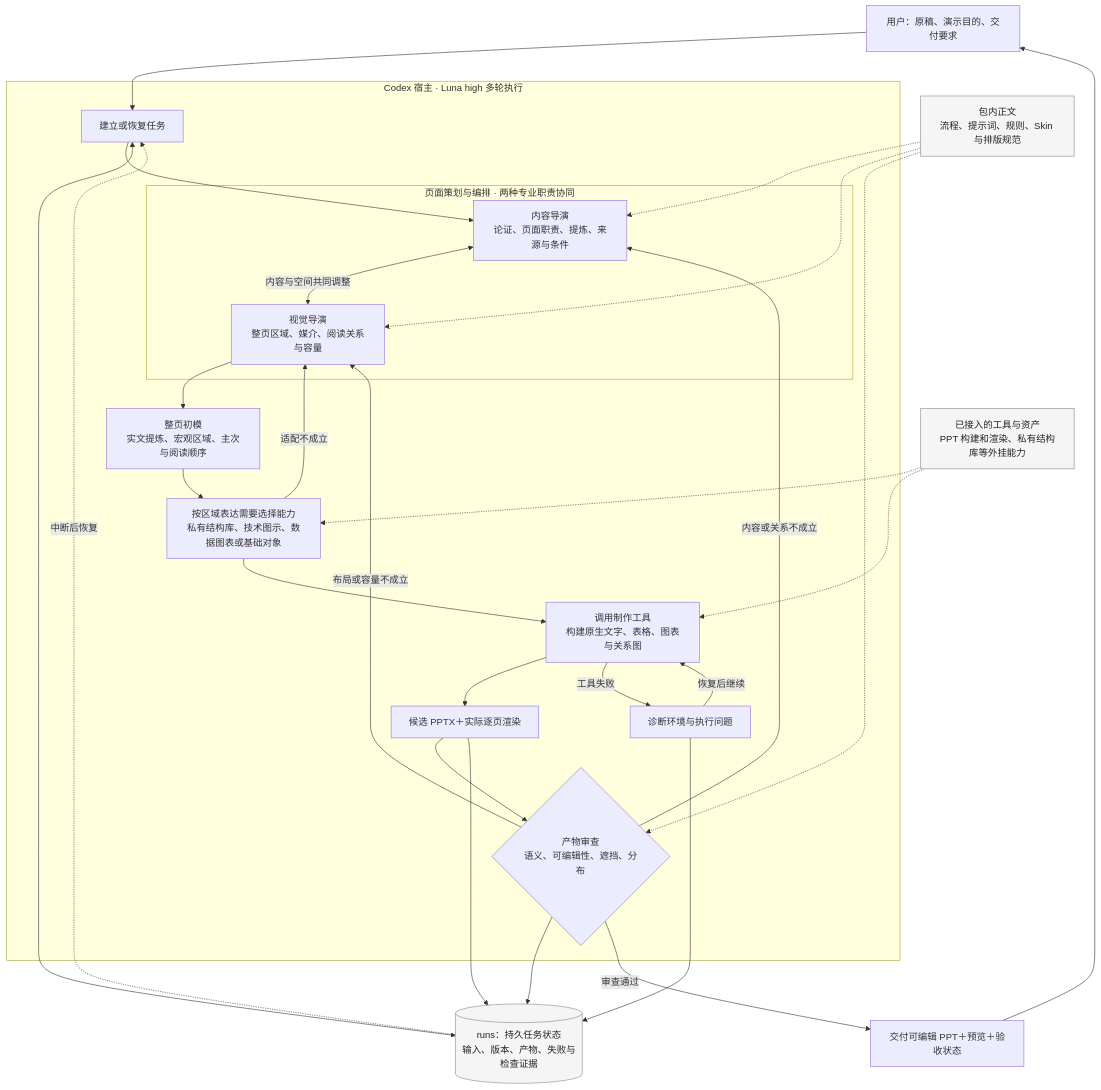
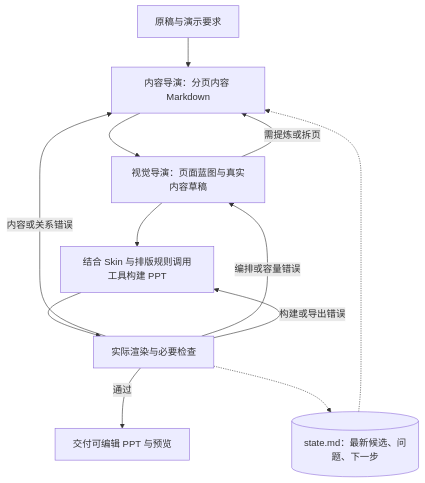
Before and after one commit to NEUwpy/PPagenT: the diagram in harness/运行流程.md, drawn with Mermaid. The commit also changed other lines of this file and 87 other files, not shown here.

````diff
--- a/harness/运行流程.md
+++ b/harness/运行流程.md
@@ -9,41 +9,14 @@
 ```mermaid
-flowchart TB
-    U[用户：原稿、演示目的、交付要求] --> T[建立或恢复任务]
-
-    subgraph H[Codex 宿主 · Luna high 多轮执行]
-        T --> C
-        subgraph D[页面策划与编排 · 两种专业职责协同]
-            C[内容导演\n论证、页面职责、提炼、来源与条件]
-            V[视觉导演\n整页区域、媒介、阅读关系与容量]
-            C <-->|内容与空间共同调整| V
-        end
-        V --> L[整页初模\n实文提炼、宏观区域、主次与阅读顺序]
-        L --> A[按区域表达需要选择能力\n私有结构库、技术图示、数据图表或基础对象]
-        A -->|适配不成立| V
-        A --> B[调用制作工具\n构建原生文字、表格、图表与关系图]
-        B --> P[候选 PPTX＋实际逐页渲染]
-        P --> Q{产物审查\n语义、可编辑性、遮挡、分布}
-        Q -->|内容或关系不成立| C
-        Q -->|布局或容量不成立| V
-        B -->|工具失败| E[诊断环境与执行问题]
-        E -->|恢复后继续| B
-    end
-
-    R[包内正文\n流程、提示词、规则、Skin 与排版规范] -.-> C
-    R -.-> V
-    R -.-> Q
-    X[已接入的工具与资产\nPPT 构建和渲染、私有结构库等外挂能力] -.-> A
-    X -.-> B
-
-    T <--> S[(runs：持久任务状态\n输入、版本、产物、失败与检查证据)]
-    P --> S
-    Q --> S
-    E --> S
-    S -.->|中断后恢复| T
-
-    Q -->|审查通过| O[交付可编辑 PPT＋预览＋验收状态]
-    O --> U
-
-    classDef support fill:#f5f5f5,stroke:#888,color:#222;
-    class R,X,S support;
+flowchart TD
+    I[原稿与演示要求] --> C[内容导演：分页内容 Markdown]
+    C --> B[视觉导演：页面蓝图与真实内容草稿]
+    B --> P[结合 Skin 与排版规则调用工具构建 PPT]
+    P --> Q[实际渲染与必要检查]
+    Q -->|内容或关系错误| C
+    Q -->|编排或容量错误| B
+    Q -->|构建或导出错误| P
+    Q -->|通过| D[交付可编辑 PPT 与预览]
+    B -->|需提炼或拆页| C
+    S[(state.md：最新候选、问题、下一步)] -.-> C
+    Q -.-> S
 ```
````
